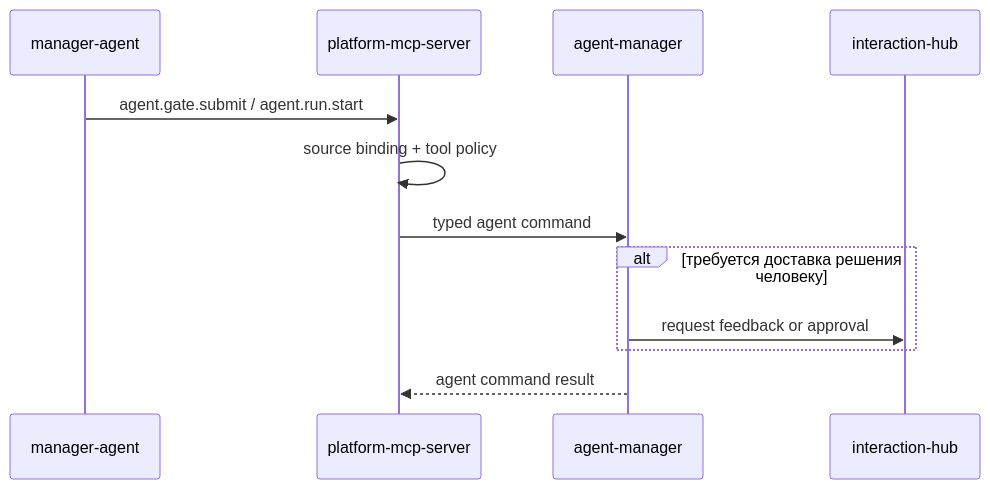
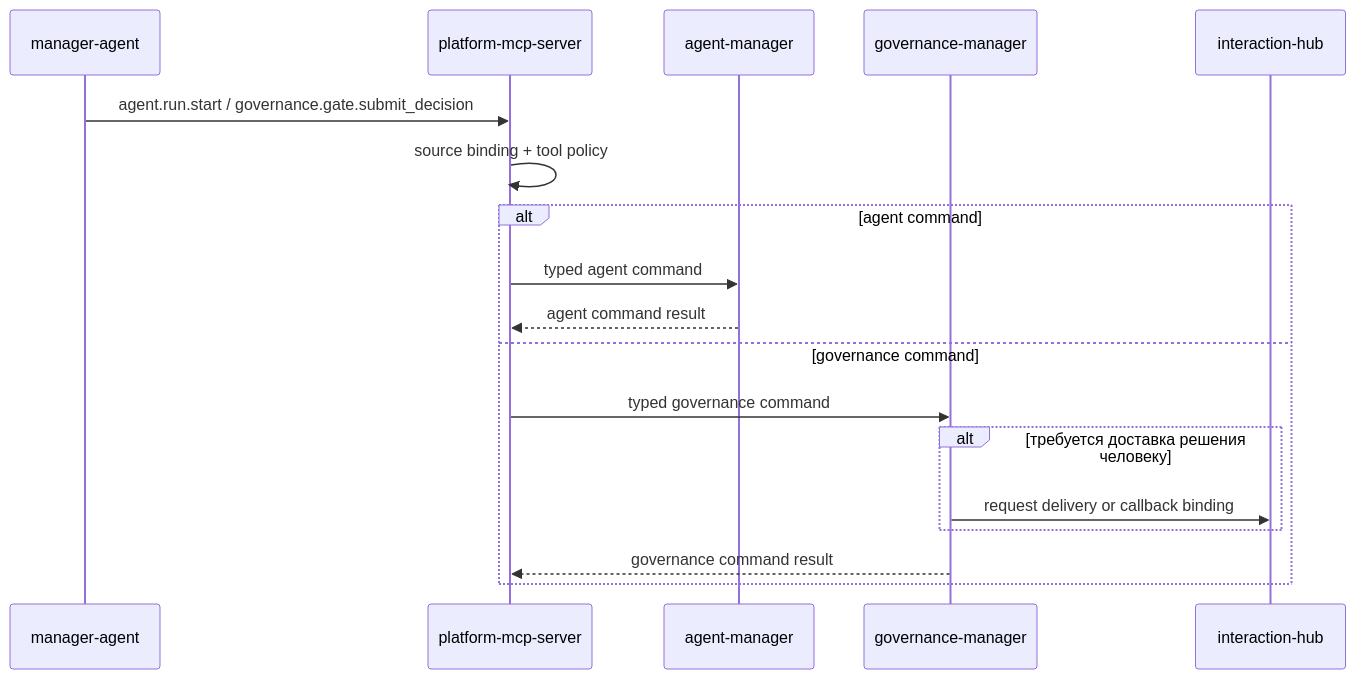
The second of 3 diagrams in docs/domains/platform-mcp-server/architecture/design.md (codex-k8s/kodex), drawn with Mermaid before and after one commit. The commit also changed other lines of this file and 13 other files, not shown here.

Commit message:
Align governance gate routing docs

````diff
--- a/docs/domains/platform-mcp-server/architecture/design.md
+++ b/docs/domains/platform-mcp-server/architecture/design.md
@@ -102,14 +104,20 @@
 ```mermaid
 sequenceDiagram
   participant A as manager-agent
   participant MCP as platform-mcp-server
   participant AM as agent-manager
+  participant GOV as governance-manager
   participant IH as interaction-hub
-  A->>MCP: agent.gate.submit / agent.run.start
+  A->>MCP: agent.run.start / governance.gate.submit_decision
   MCP->>MCP: source binding + tool policy
-  MCP->>AM: typed agent command
-  alt требуется доставка решения человеку
-    AM->>IH: request feedback or approval
+  alt agent command
+    MCP->>AM: typed agent command
+    AM-->>MCP: agent command result
+  else governance command
+    MCP->>GOV: typed governance command
+    alt требуется доставка решения человеку
+      GOV->>IH: request delivery or callback binding
+    end
+    GOV-->>MCP: governance command result
   end
-  AM-->>MCP: agent command result
 ```
````
